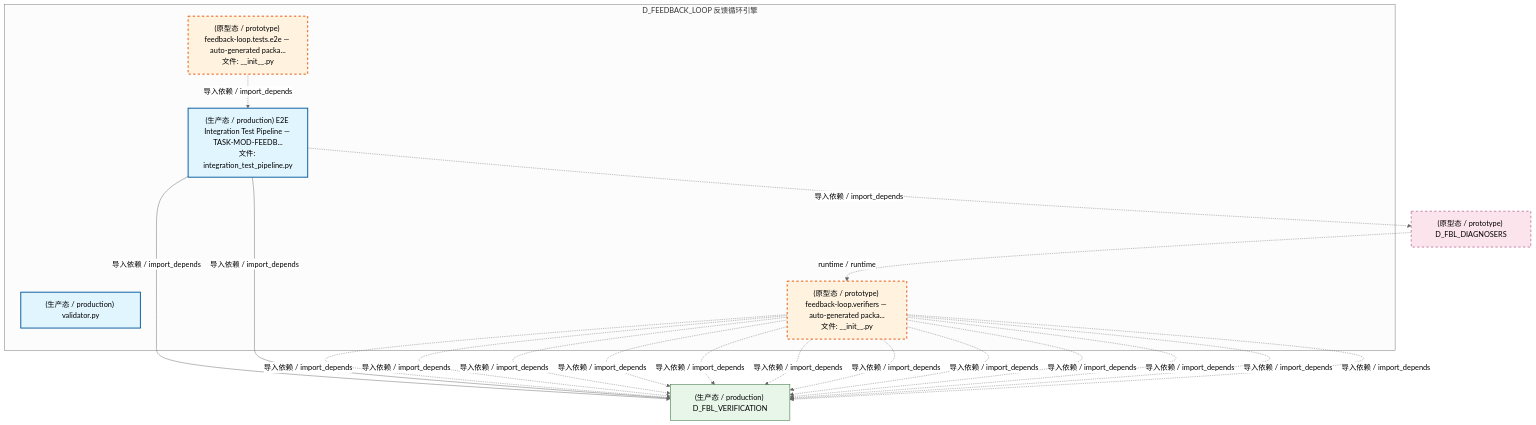
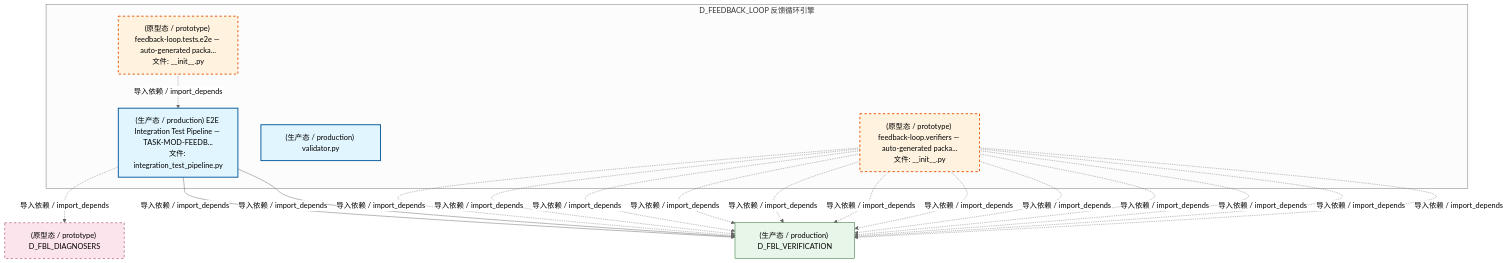
The fifth of 8 diagrams in docs/02_enterprise_architecture/02_domain_architecture_docs/14_d_feedback_loop.md (xuanFelixVan/ZephyrAlpha), drawn with Mermaid (neutral theme) before and after one commit. The commit also changed other lines of this file and 103 other files, not shown here.

````diff
--- a/docs/02_enterprise_architecture/02_domain_architecture_docs/14_d_feedback_loop.md
+++ b/docs/02_enterprise_architecture/02_domain_architecture_docs/14_d_feedback_loop.md
@@ -534,36 +524,35 @@
 ```mermaid
 graph TD
     subgraph D_FEEDBACK_LOOP["D_FEEDBACK_LOOP 反馈循环引擎"]
         src_zephyr_feedback_loop_tests_e2e_init_py["(原型态 / prototype) feedback-loop.tests.e2e — auto-generated packa...<br/>文件: __init__.py"]
         src_zephyr_feedback_loop_tests_e2e_integration_test_pipeline_py["(生产态 / production) E2E Integration Test Pipeline — TASK-MOD-FEEDB...<br/>文件: integration_test_pipeline.py"]
         src_zephyr_feedback_loop_validator_py["(生产态 / production) validator.py"]
         src_zephyr_feedback_loop_verifiers_init_py["(原型态 / prototype) feedback-loop.verifiers — auto-generated packa...<br/>文件: __init__.py"]
     end
     src_zephyr_feedback_loop_tests_e2e_init_py -.->|导入依赖 / import_depends| src_zephyr_feedback_loop_tests_e2e_integration_test_pipeline_py
     D_FBL_VERIFICATION["(生产态 / production) D_FBL_VERIFICATION"]
+    src_zephyr_feedback_loop_tests_e2e_integration_test_pipeline_py -->|导入依赖 / import_depends| D_FBL_VERIFICATION
+    src_zephyr_feedback_loop_verifiers_init_py -.->|导入依赖 / import_depends| D_FBL_VERIFICATION
+    src_zephyr_feedback_loop_verifiers_init_py -.->|导入依赖 / import_depends| D_FBL_VERIFICATION
     src_zephyr_feedback_loop_verifiers_init_py -.->|导入依赖 / import_depends| D_FBL_VERIFICATION
     src_zephyr_feedback_loop_tests_e2e_integration_test_pipeline_py -->|导入依赖 / import_depends| D_FBL_VERIFICATION
-    src_zephyr_feedback_loop_verifiers_init_py -.->|导入依赖 / import_depends| D_FBL_VERIFICATION
-    src_zephyr_feedback_loop_tests_e2e_integration_test_pipeline_py -->|导入依赖 / import_depends| D_FBL_VERIFICATION
-    src_zephyr_feedback_loop_verifiers_init_py -.->|导入依赖 / import_depends| D_FBL_VERIFICATION
     src_zephyr_feedback_loop_verifiers_init_py -.->|导入依赖 / import_depends| D_FBL_VERIFICATION
     src_zephyr_feedback_loop_verifiers_init_py -.->|导入依赖 / import_depends| D_FBL_VERIFICATION
     src_zephyr_feedback_loop_verifiers_init_py -.->|导入依赖 / import_depends| D_FBL_VERIFICATION
     src_zephyr_feedback_loop_verifiers_init_py -.->|导入依赖 / import_depends| D_FBL_VERIFICATION
     src_zephyr_feedback_loop_verifiers_init_py -.->|导入依赖 / import_depends| D_FBL_VERIFICATION
     src_zephyr_feedback_loop_verifiers_init_py -.->|导入依赖 / import_depends| D_FBL_VERIFICATION
     D_FBL_DIAGNOSERS["(原型态 / prototype) D_FBL_DIAGNOSERS"]
     src_zephyr_feedback_loop_tests_e2e_integration_test_pipeline_py -.->|导入依赖 / import_depends| D_FBL_DIAGNOSERS
     src_zephyr_feedback_loop_verifiers_init_py -.->|导入依赖 / import_depends| D_FBL_VERIFICATION
     src_zephyr_feedback_loop_verifiers_init_py -.->|导入依赖 / import_depends| D_FBL_VERIFICATION
     src_zephyr_feedback_loop_verifiers_init_py -.->|导入依赖 / import_depends| D_FBL_VERIFICATION
-    D_FBL_DIAGNOSERS -.->|runtime / runtime| src_zephyr_feedback_loop_verifiers_init_py
     classDef production fill:#e1f5fe,stroke:#01579b,stroke-width:2px,color:#000
     classDef design fill:#fff3e0,stroke:#e65100,stroke-width:2px,color:#000,stroke-dasharray: 5 5
     classDef external_prod fill:#e8f5e9,stroke:#1b5e20,stroke-width:1px,color:#000
     classDef external_design fill:#fce4ec,stroke:#880e4f,stroke-width:1px,color:#000,stroke-dasharray: 5 5
     class src_zephyr_feedback_loop_tests_e2e_integration_test_pipeline_py,src_zephyr_feedback_loop_validator_py production
     class src_zephyr_feedback_loop_tests_e2e_init_py,src_zephyr_feedback_loop_verifiers_init_py design
     class D_FBL_VERIFICATION external_prod
     class D_FBL_DIAGNOSERS external_design
 ```
````
